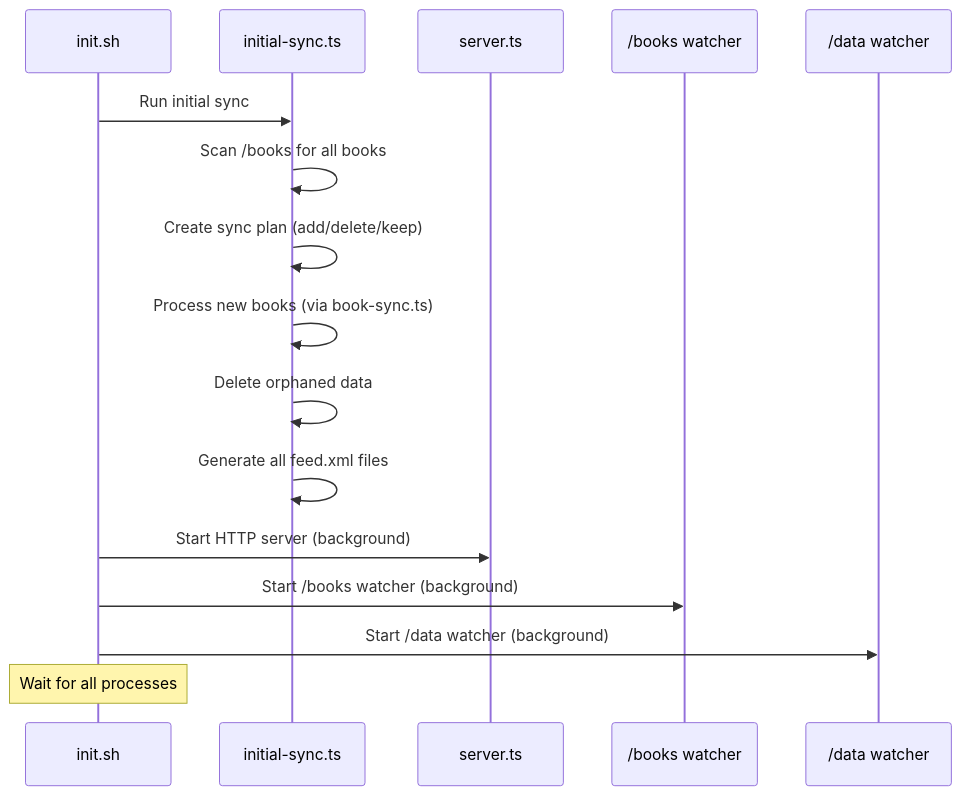
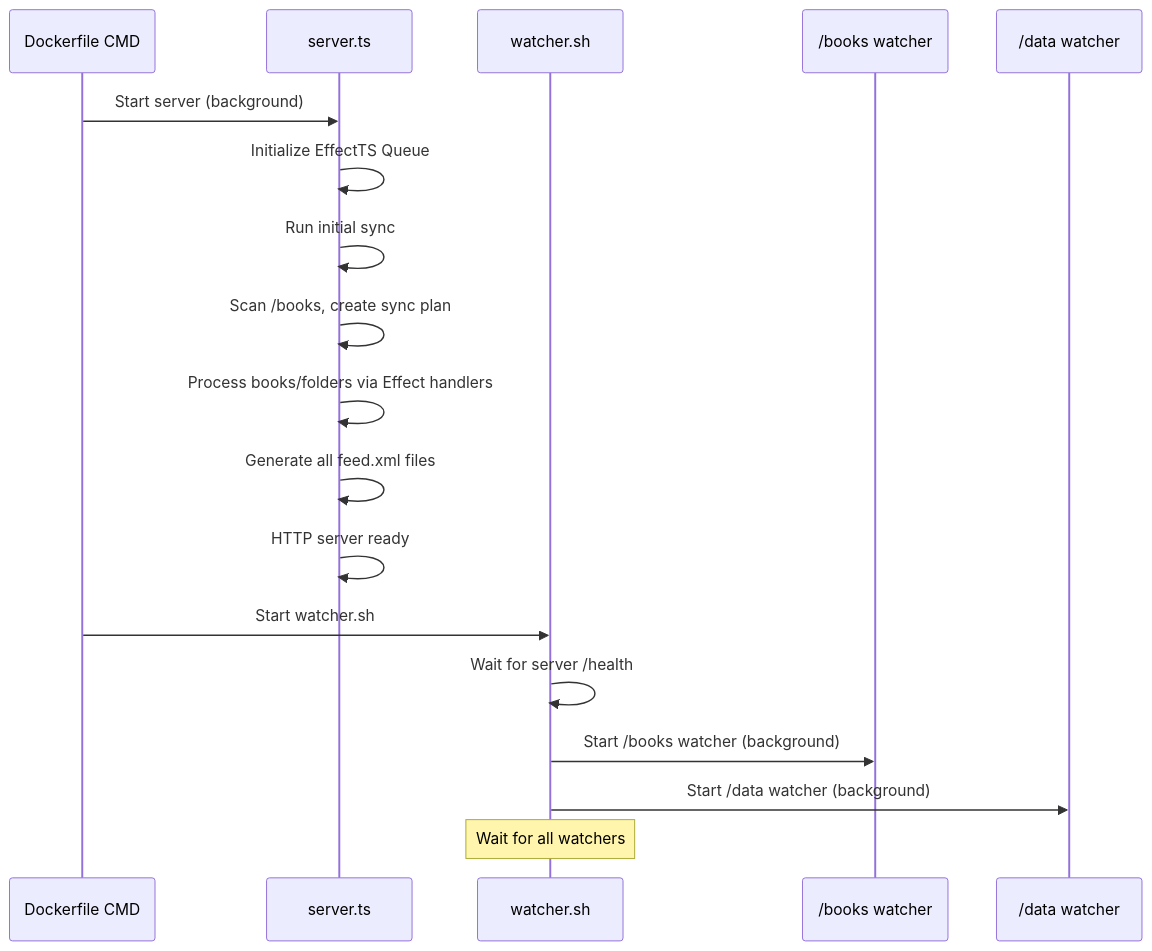
The third of 3 diagrams in ARCHITECTURE.md (Seigiard/opds-generator), drawn with Mermaid before and after one commit. The commit also changed other lines of this file, not shown here.

First line of the commit message:
Update ARCHITECTURE.md for EffectTS migration

````diff
--- a/ARCHITECTURE.md
+++ b/ARCHITECTURE.md
@@ -289,21 +203,23 @@
 ```mermaid
 sequenceDiagram
-    participant I as init.sh
-    participant IS as initial-sync.ts
+    participant D as Dockerfile CMD
     participant S as server.ts
+    participant W as watcher.sh
     participant BW as /books watcher
     participant DW as /data watcher
 
-    I->>IS: Run initial sync
-    IS->>IS: Scan /books for all books
-    IS->>IS: Create sync plan (add/delete/keep)
-    IS->>IS: Process new books (via book-sync.ts)
-    IS->>IS: Delete orphaned data
-    IS->>IS: Generate all feed.xml files
+    D->>S: Start server (background)
+    S->>S: Initialize EffectTS Queue
+    S->>S: Run initial sync
+    S->>S: Scan /books, create sync plan
+    S->>S: Process books/folders via Effect handlers
+    S->>S: Generate all feed.xml files
+    S->>S: HTTP server ready
 
-    I->>S: Start HTTP server (background)
-    I->>BW: Start /books watcher (background)
-    I->>DW: Start /data watcher (background)
+    D->>W: Start watcher.sh
+    W->>W: Wait for server /health
+    W->>BW: Start /books watcher (background)
+    W->>DW: Start /data watcher (background)
 
-    Note over I: Wait for all processes
+    Note over W: Wait for all watchers
 ```
````
